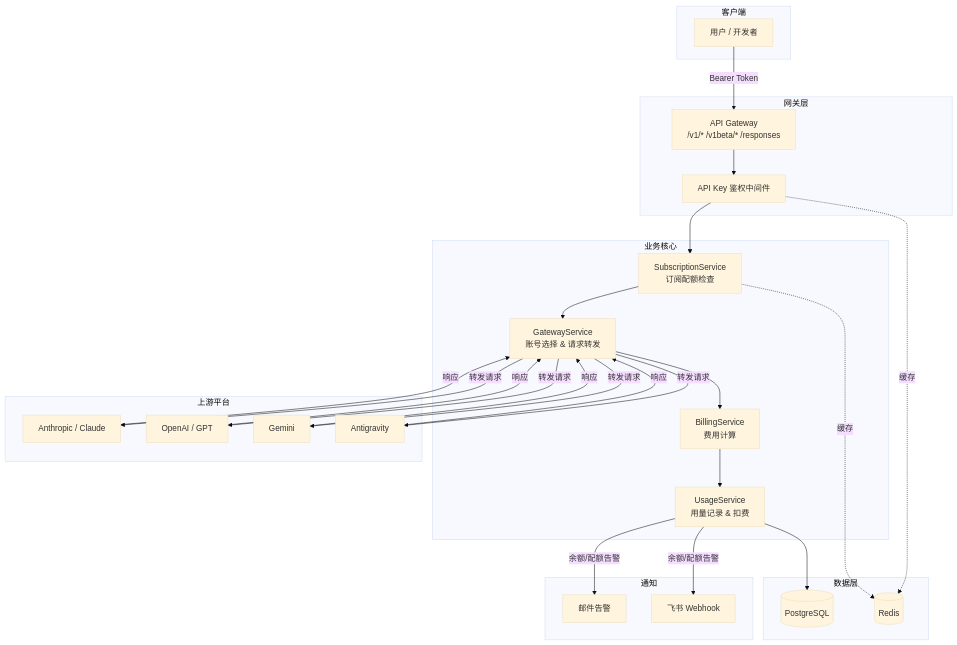
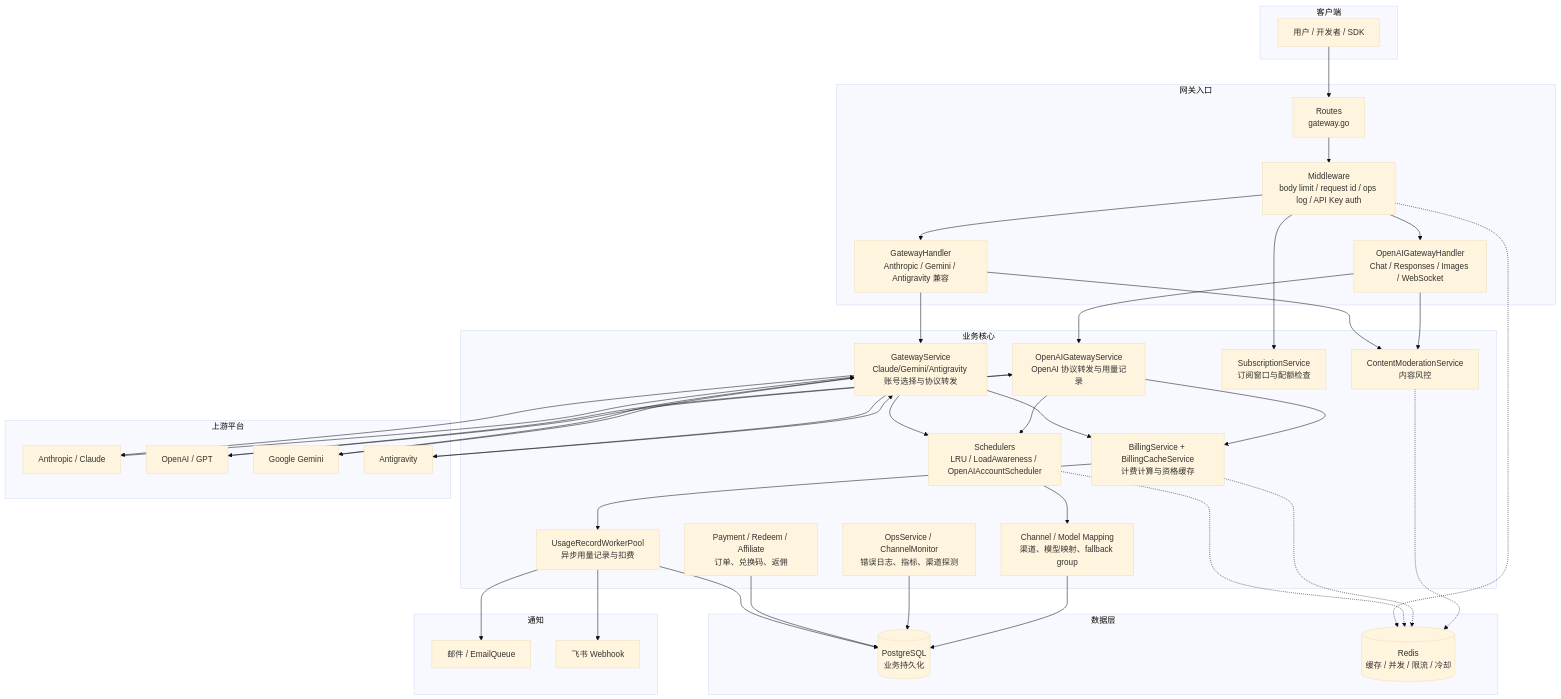
The first of 9 diagrams in docs/ARCHITECTURE.md (linshisancc/sub2api), drawn with Mermaid (base theme) before and after one commit. The commit also changed other lines of this file, not shown here.

Commit message:
docs: update architecture overview

````diff
--- a/docs/ARCHITECTURE.md
+++ b/docs/ARCHITECTURE.md
@@ -41,46 +41,71 @@
 ```mermaid
 graph TB
     subgraph 客户端
-        U[用户 / 开发者]
+        U[用户 / 开发者 / SDK]
     end
 
-    subgraph 网关层
-        GW[API Gateway<br/>/v1/* /v1beta/* /responses]
-        AUTH[API Key 鉴权中间件]
+    subgraph 网关入口
+        RT[Routes<br/>gateway.go]
+        MW[Middleware<br/>body limit / request id / ops log / API Key auth]
+        AH[GatewayHandler<br/>Anthropic / Gemini / Antigravity 兼容]
+        OH[OpenAIGatewayHandler<br/>Chat / Responses / Images / WebSocket]
     end
 
     subgraph 业务核心
-        GS[GatewayService<br/>账号选择 & 请求转发]
-        BS[BillingService<br/>费用计算]
-        US[UsageService<br/>用量记录 & 扣费]
-        SS[SubscriptionService<br/>订阅配额检查]
+        GS[GatewayService<br/>Claude/Gemini/Antigravity 账号选择与协议转发]
+        OGS[OpenAIGatewayService<br/>OpenAI 协议转发与用量记录]
+        SCHED[Schedulers<br/>LRU / LoadAwareness / OpenAIAccountScheduler]
+        BILL[BillingService + BillingCacheService<br/>计费计算与资格缓存]
+        USAGE[UsageRecordWorkerPool<br/>异步用量记录与扣费]
+        SUB[SubscriptionService<br/>订阅窗口与配额检查]
+        MAP[Channel / Model Mapping<br/>渠道、模型映射、fallback group]
+        RISK[ContentModerationService<br/>内容风控]
+        OPS[OpsService / ChannelMonitor<br/>错误日志、指标、渠道探测]
+        PAY[Payment / Redeem / Affiliate<br/>订单、兑换码、返佣]
     end
 
     subgraph 上游平台
         ANT[Anthropic / Claude]
         OAI[OpenAI / GPT]
-        GEM[Gemini]
+        GEM[Google Gemini]
         AG[Antigravity]
     end
 
     subgraph 数据层
-        PG[(PostgreSQL)]
-        RD[(Redis)]
+        PG[(PostgreSQL<br/>业务持久化)]
+        RD[(Redis<br/>缓存 / 并发 / 限流 / 冷却)]
     end
 
     subgraph 通知
-        EMAIL[邮件告警]
+        EMAIL[邮件 / EmailQueue]
         FEISHU[飞书 Webhook]
     end
 
-    U -->|Bearer Token| GW
-    GW --> AUTH
-    AUTH --> SS
-    SS --> GS
-    GS -->|转发请求| ANT & OAI & GEM & AG
-    ANT & OAI & GEM & AG -->|响应| GS
-    GS --> BS --> US
-    US --> PG
-    US -->|余额/配额告警| EMAIL & FEISHU
-    AUTH & SS -.->|缓存| RD
+    U --> RT --> MW
+    MW --> SUB
+    MW --> AH
+    MW --> OH
+    AH --> RISK
+    OH --> RISK
+    AH --> GS
+    OH --> OGS
+    GS --> SCHED
+    OGS --> SCHED
+    SCHED --> MAP
+    GS --> ANT & GEM & AG
+    OGS --> OAI
+    ANT & GEM & AG --> GS
+    OAI --> OGS
+    GS --> BILL
+    OGS --> BILL
+    BILL --> USAGE
+    USAGE --> PG
+    PAY --> PG
+    OPS --> PG
+    MAP --> PG
+    MW -.-> RD
+    SCHED -.-> RD
+    BILL -.-> RD
+    RISK -.-> RD
+    USAGE --> EMAIL & FEISHU
 ```
````
